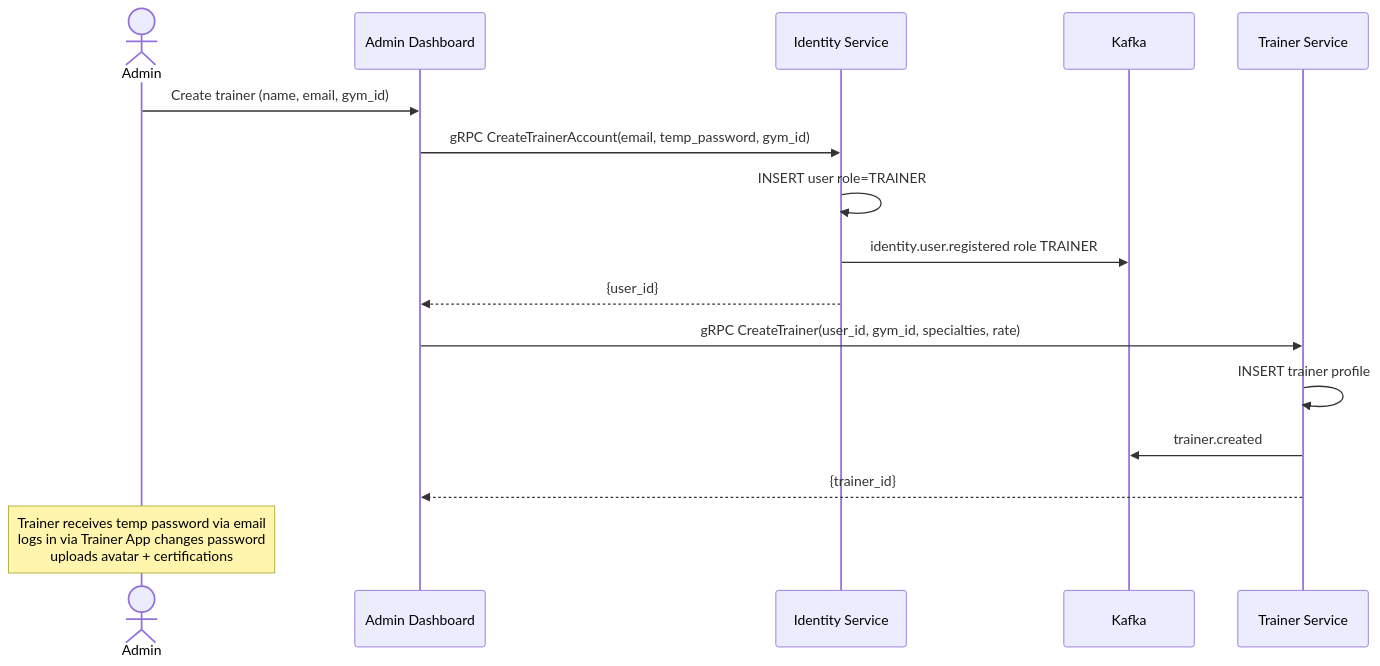
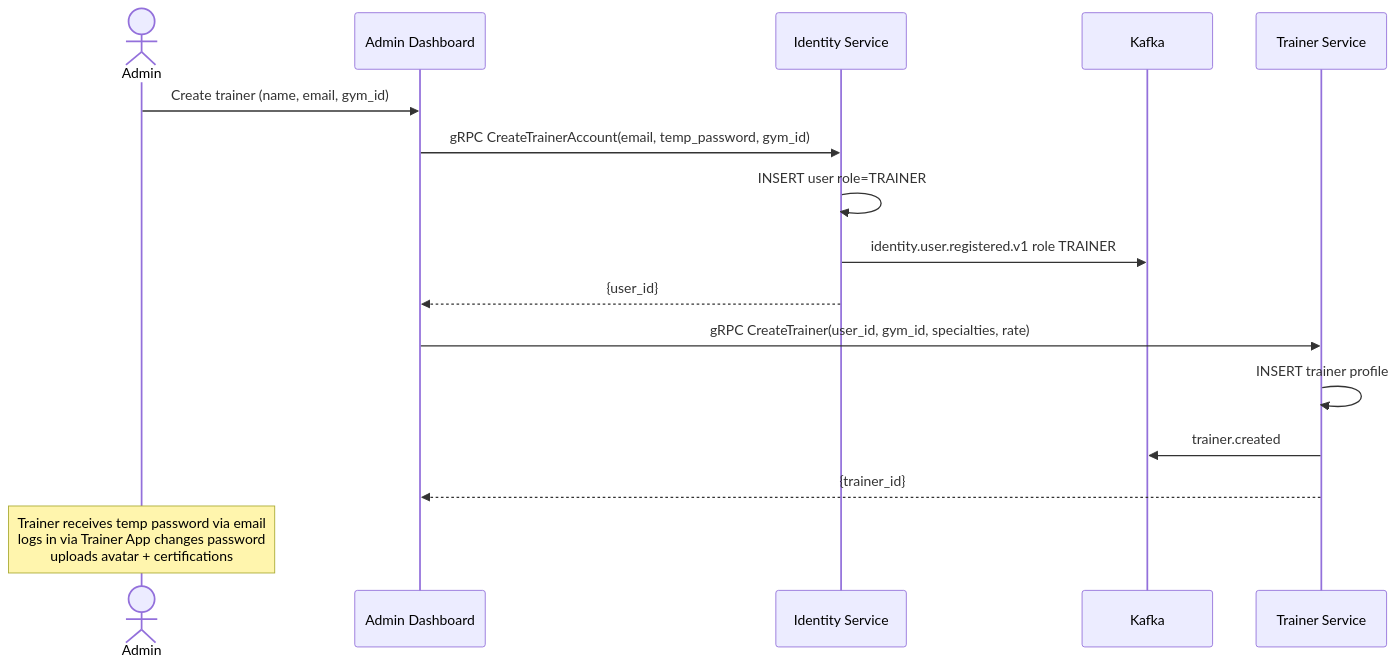
One commit to pploc/gym-architect changed diagram 13 of 15 in flows/01-business-flows.md. Above: the diagram before and after it, drawn with Mermaid. The commit also changed other lines of this file and 15 other files, not shown here.

````diff
--- a/flows/01-business-flows.md
+++ b/flows/01-business-flows.md
@@ -479,21 +496,21 @@
 ```mermaid
 sequenceDiagram
     actor A as Admin
     participant DASH as Admin Dashboard
     participant IS as Identity Service
     participant KF as Kafka
     participant TS as Trainer Service
 
     A->>DASH: Create trainer (name, email, gym_id)
     DASH->>IS: gRPC CreateTrainerAccount(email, temp_password, gym_id)
     IS->>IS: INSERT user role=TRAINER
-    IS->>KF: identity.user.registered role TRAINER
+    IS->>KF: identity.user.registered.v1 role TRAINER
     IS-->>DASH: {user_id}
 
     DASH->>TS: gRPC CreateTrainer(user_id, gym_id, specialties, rate)
     TS->>TS: INSERT trainer profile
     TS->>KF: trainer.created
     TS-->>DASH: {trainer_id}
 
     Note over A: Trainer receives temp password via email<br/>logs in via Trainer App changes password<br/>uploads avatar + certifications
 ```
````
